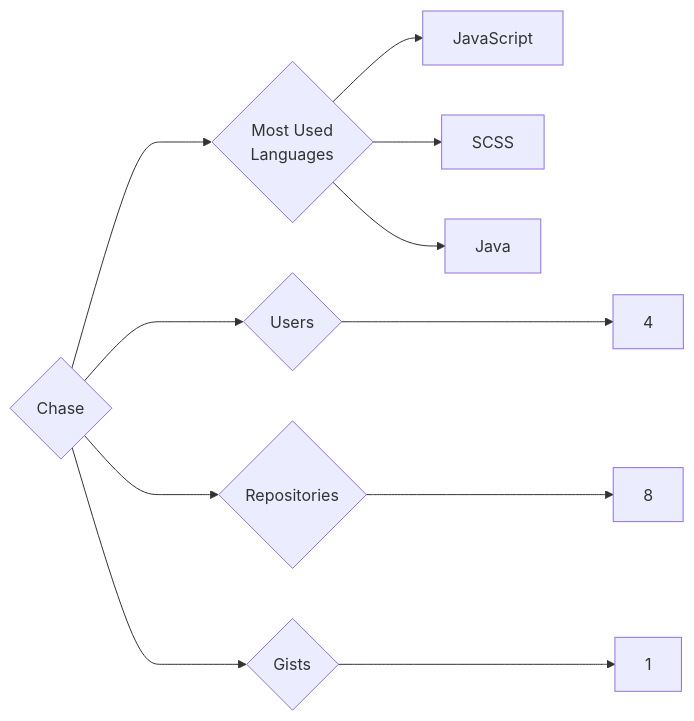
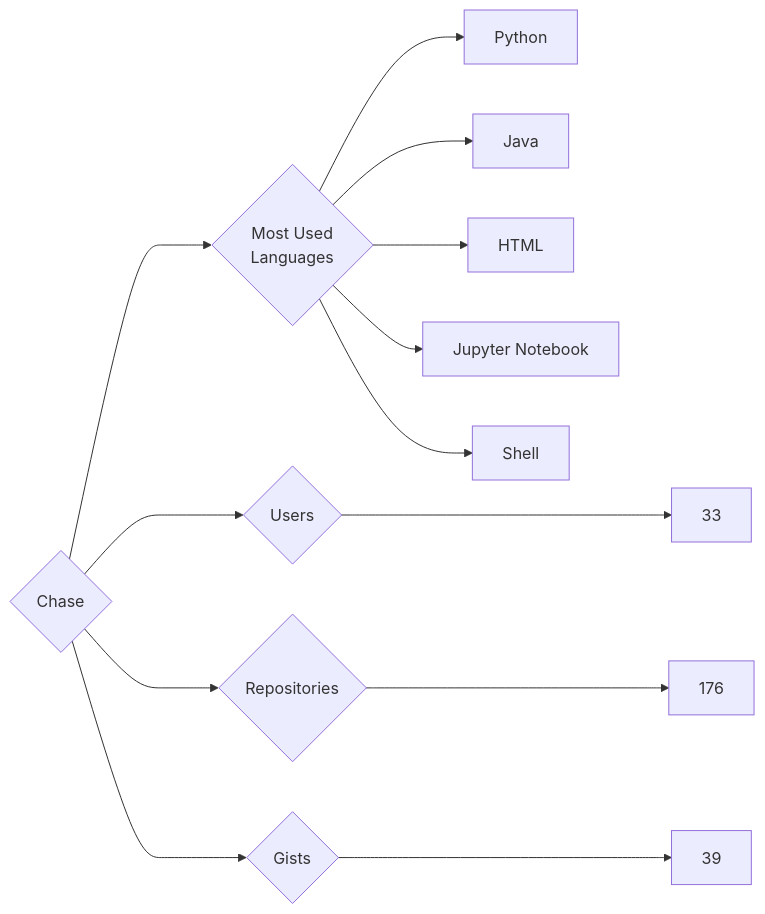
Before and after one commit to trickest/insiders: the diagram in targets/Chase/README.md, drawn with Mermaid. The commit also changed 681 other files, not shown here.

````diff
--- a/targets/Chase/README.md
+++ b/targets/Chase/README.md
@@ -3,11 +3,13 @@
 ```mermaid
 graph LR
 COMPANY_NAME{Chase}
-COMPANY_NAME ---> U{Users} ---> UN[4]
-COMPANY_NAME ---> R{Repositories} ---> RN[8]
-COMPANY_NAME ---> G{Gists} ---> GN[1]
+COMPANY_NAME ---> U{Users} ---> UN[33]
+COMPANY_NAME ---> R{Repositories} ---> RN[176]
+COMPANY_NAME ---> G{Gists} ---> GN[39]
 COMPANY_NAME ---> ML{Most Used<br>Languages}
-ML --> JavaScript[JavaScript]
-ML --> SCSS[SCSS]
+ML --> Python[Python]
 ML --> Java[Java]
+ML --> HTML[HTML]
+ML --> Jupyter_Notebook[Jupyter Notebook]
+ML --> Shell[Shell]
 ```
````
